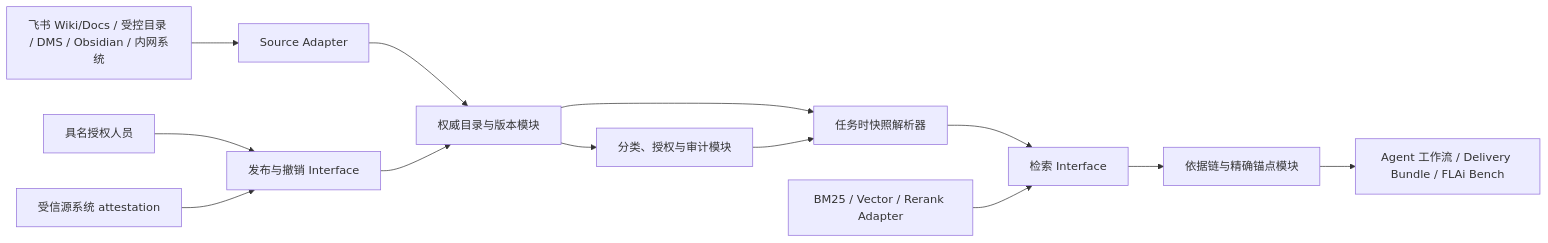
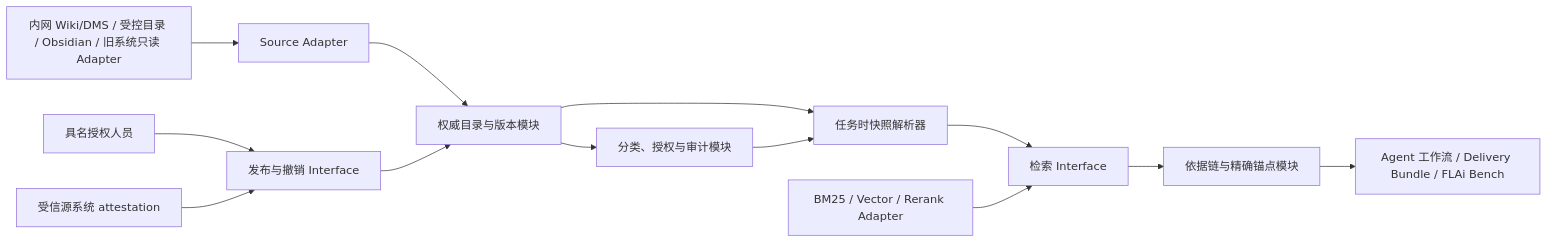
Before and after one commit to kogamishinyajerry-ops/flai-os: the diagram in docs/product/FLAi-OS_V0.2_Design_Package/11_Authoritative_Knowledge_Foundation.md, drawn with Mermaid. The commit also changed other lines of this file and 25 other files, not shown here.

````diff
--- a/docs/product/FLAi-OS_V0.2_Design_Package/11_Authoritative_Knowledge_Foundation.md
+++ b/docs/product/FLAi-OS_V0.2_Design_Package/11_Authoritative_Knowledge_Foundation.md
@@ -175,15 +184,15 @@
 ```mermaid
 flowchart LR
-    A["飞书 Wiki/Docs / 受控目录 / DMS / Obsidian / 内网系统"] --> B["Source Adapter"]
+    A["内网 Wiki/DMS / 受控目录 / Obsidian / 旧系统只读 Adapter"] --> B["Source Adapter"]
     B --> C["权威目录与版本模块"]
     H["具名授权人员"] --> D["发布与撤销 Interface"]
     S["受信源系统 attestation"] --> D
     D --> C
     C --> E["任务时快照解析器"]
     E --> F["检索 Interface"]
     I["BM25 / Vector / Rerank Adapter"] --> F
     F --> G["依据链与精确锚点模块"]
     G --> J["Agent 工作流 / Delivery Bundle / FLAi Bench"]
     C --> K["分类、授权与审计模块"]
     K --> E
 ```
````
